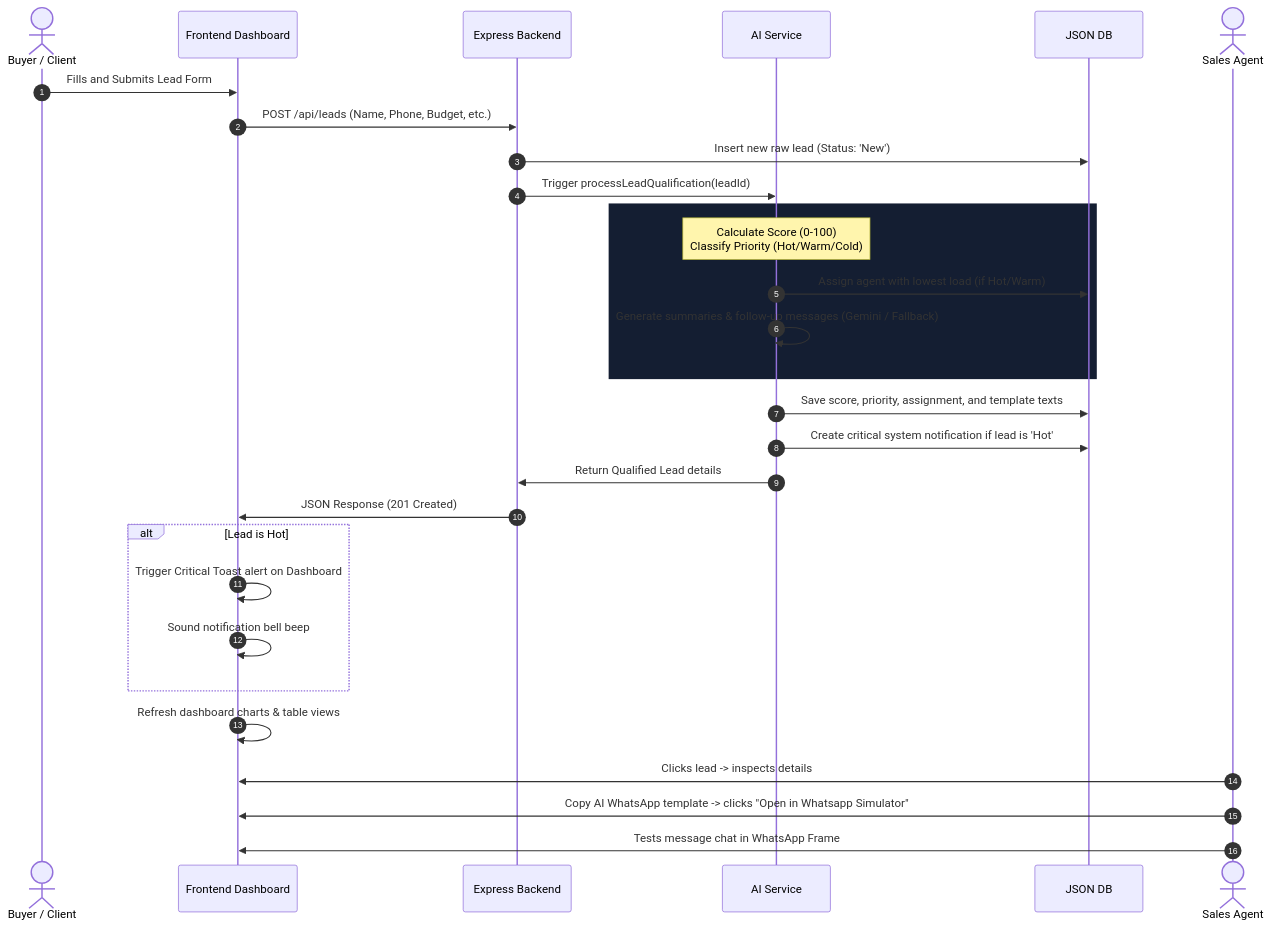
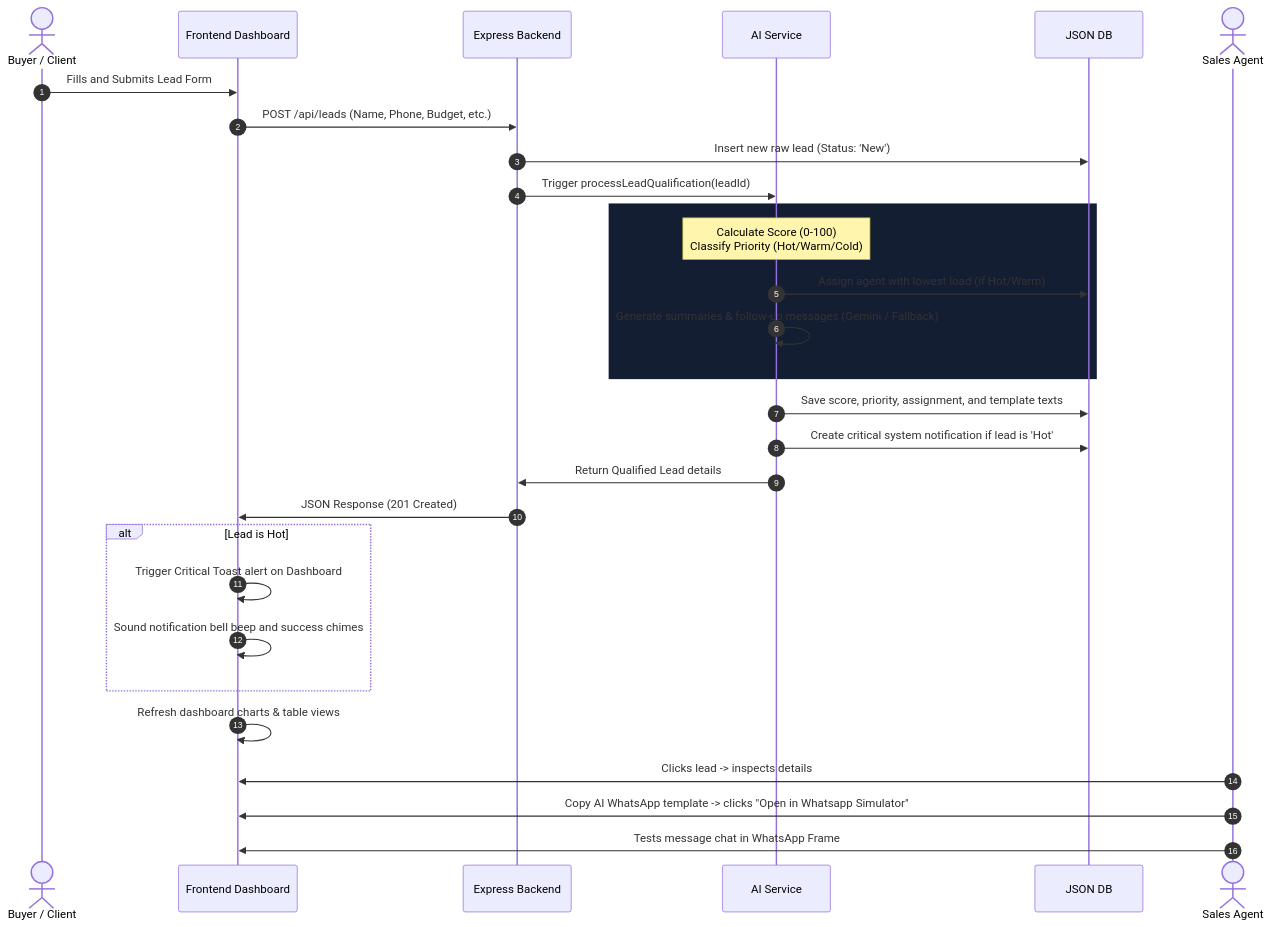
The diagram in docs/architecture.md (anuragbontha2507-cyber/ai-lead-qualification-system), drawn with Mermaid before and after one commit. The commit also changed other lines of this file and 1 other file, not shown here.

Commit message:
docs: update architecture and README files to reflect premium SaaS theme and audio chimes

````diff
--- a/docs/architecture.md
+++ b/docs/architecture.md
@@ -39,36 +39,36 @@
 ```mermaid
 sequenceDiagram
     autonumber
     actor Buyer as Buyer / Client
     participant FE as Frontend Dashboard
     participant BE as Express Backend
     participant AI as AI Service
     participant DB as JSON DB
     actor Agent as Sales Agent
 
     Buyer->>FE: Fills and Submits Lead Form
     FE->>BE: POST /api/leads (Name, Phone, Budget, etc.)
     BE->>DB: Insert new raw lead (Status: 'New')
     BE->>AI: Trigger processLeadQualification(leadId)
     
     rect rgb(20, 30, 50)
         Note over AI: Calculate Score (0-100)<br/>Classify Priority (Hot/Warm/Cold)
         AI->>DB: Assign agent with lowest load (if Hot/Warm)
         AI->>AI: Generate summaries & follow-up messages (Gemini / Fallback)
     end
     
     AI->>DB: Save score, priority, assignment, and template texts
     AI->>DB: Create critical system notification if lead is 'Hot'
     AI->>BE: Return Qualified Lead details
     BE->>FE: JSON Response (201 Created)
     
     alt Lead is Hot
         FE->>FE: Trigger Critical Toast alert on Dashboard
-        FE->>FE: Sound notification bell beep
+        FE->>FE: Sound notification bell beep and success chimes
     end
     
     FE->>FE: Refresh dashboard charts & table views
     Agent->>FE: Clicks lead -> inspects details
     Agent->>FE: Copy AI WhatsApp template -> clicks "Open in Whatsapp Simulator"
     Agent->>FE: Tests message chat in WhatsApp Frame
 ```
````
